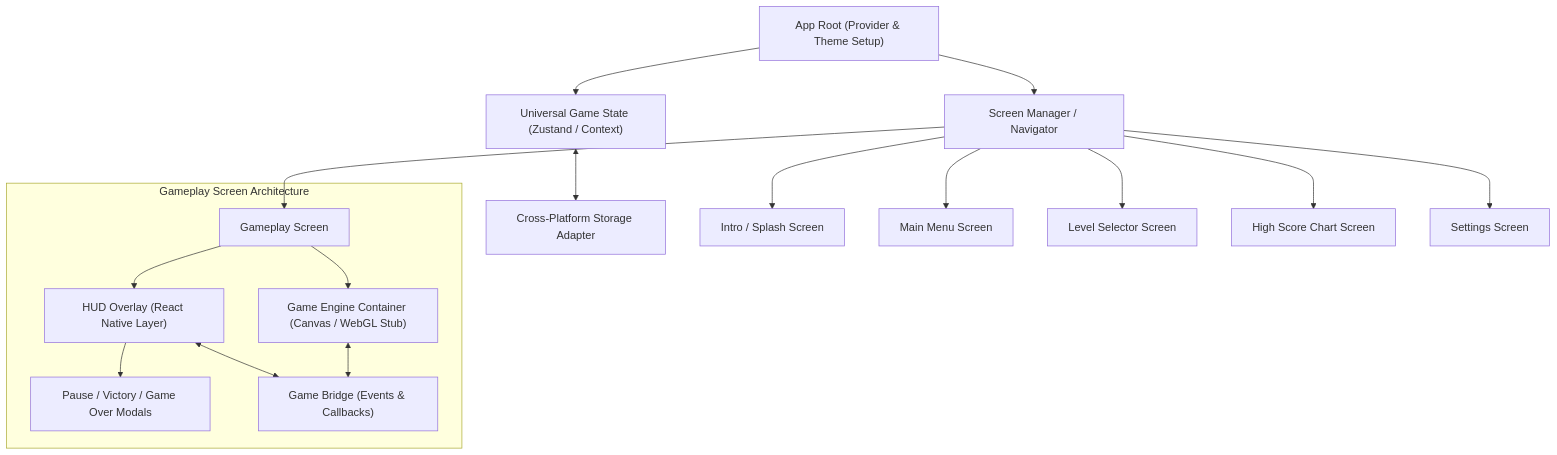
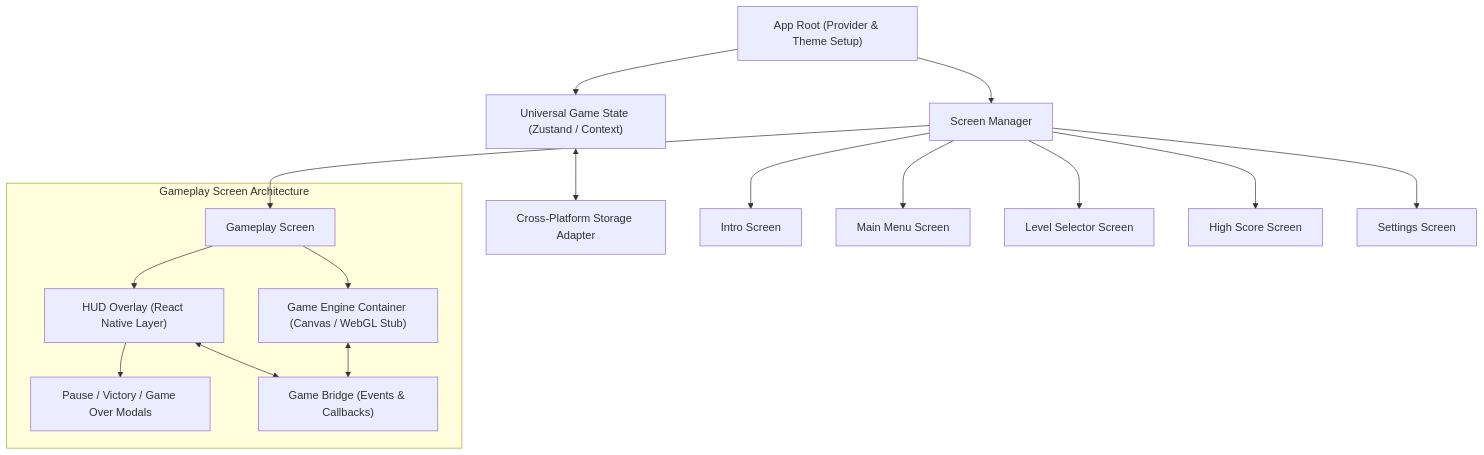
Before and after one commit to ignaciosegura/bouncerback-2: the diagram in plans/implementation_plan.md, drawn with Mermaid. The commit also changed other lines of this file, not shown here.

````diff
--- a/plans/implementation_plan.md
+++ b/plans/implementation_plan.md
@@ -9,26 +9,26 @@
 ```mermaid
 flowchart TD
     App["App Root (Provider & Theme Setup)"]
-    Nav["Screen Manager / Navigator"]
+    Nav["Screen Manager"]
     Store["Universal Game State (Zustand / Context)"]
     Storage["Cross-Platform Storage Adapter"]
 
     App --> Nav
     App --> Store
     Store <--> Storage
 
-    Nav --> Intro["Intro / Splash Screen"]
+    Nav --> Intro["Intro Screen"]
     Nav --> MainMenu["Main Menu Screen"]
     Nav --> LevelSelect["Level Selector Screen"]
-    Nav --> HighScores["High Score Chart Screen"]
+    Nav --> HighScores["High Score Screen"]
     Nav --> Settings["Settings Screen"]
     Nav --> GameScreen["Gameplay Screen"]
 
     subgraph Gameplay Screen Architecture
         GameScreen --> EngineView["Game Engine Container (Canvas / WebGL Stub)"]
         GameScreen --> HUD["HUD Overlay (React Native Layer)"]
         HUD --> PauseModal["Pause / Victory / Game Over Modals"]
         HUD <--> Bridge["Game Bridge (Events & Callbacks)"]
         EngineView <--> Bridge
     end
 ```
````
